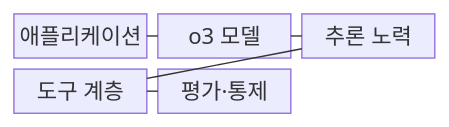
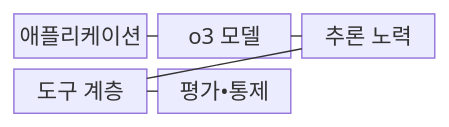
Before and after one commit to agnusdei1207/knowledge-base: the first of 2 diagrams in src/content/docs/notes/08-latest-tech/042_o3_reasoning_model.md, drawn with Mermaid. The commit also changed other lines of this file and 953 other files, not shown here.

````diff
--- a/src/content/docs/notes/08-latest-tech/042_o3_reasoning_model.md
+++ b/src/content/docs/notes/08-latest-tech/042_o3_reasoning_model.md
@@ -68,13 +68,13 @@
 ```mermaid
 block-beta
     columns 3
     A["애플리케이션"]
     O["o3 모델"]
     E["추론 노력"]
     T["도구 계층"]
-    G["평가·통제"]
+    G["평가•통제"]
     A --- O
     O --- E
     E --- T
     T --- G
 ```
````
